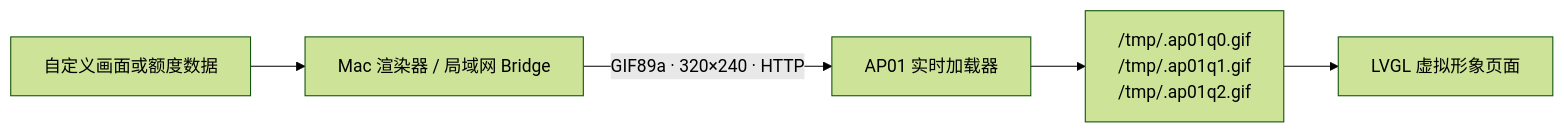
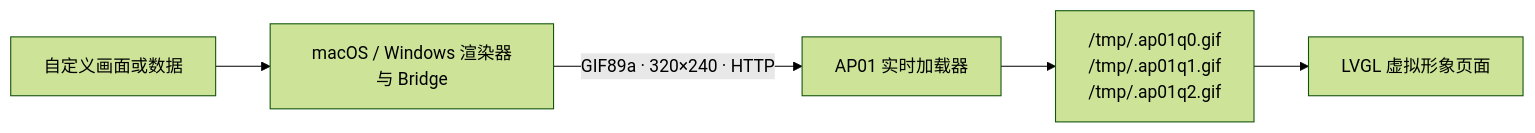
One commit to andy-JustSayWhen/cuktech-screen-controller changed the second of 2 diagrams in README.zh-CN.md. Above: the diagram before and after it, drawn with Mermaid (forest theme). The commit also changed other lines of this file and 29 other files, not shown here.

````diff
--- a/README.zh-CN.md
+++ b/README.zh-CN.md
@@ -162,7 +186,7 @@
 ```mermaid
 flowchart LR
-  A["自定义画面或额度数据"] --> B["Mac 渲染器 / 局域网 Bridge"]
+  A["自定义画面或数据"] --> B["macOS / Windows 渲染器与 Bridge"]
   B -->|"GIF89a · 320×240 · HTTP"| C["AP01 实时加载器"]
   C --> D["/tmp/.ap01q0.gif\n/tmp/.ap01q1.gif\n/tmp/.ap01q2.gif"]
   D --> E["LVGL 虚拟形象页面"]
 ```
````
